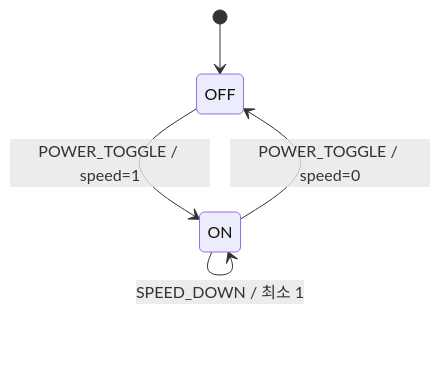
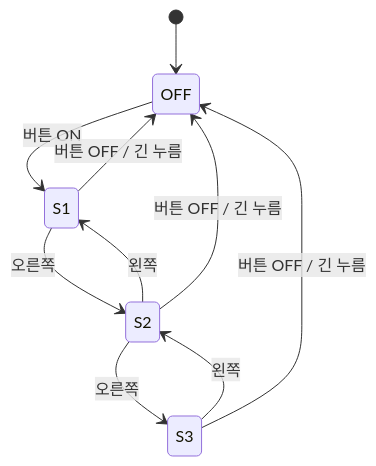
Before and after one commit to sunhokim1/Linux-Driver-Team-Project---AI-System-on-Chip-Developer: the diagram in docs/state_diagram.md, drawn with Mermaid. The commit also changed other lines of this file and 28 other files, not shown here.

````diff
--- a/docs/state_diagram.md
+++ b/docs/state_diagram.md
@@ -18,8 +31,12 @@
 ```mermaid
 stateDiagram-v2
     [*] --> OFF
-    OFF --> ON: POWER_TOGGLE / speed=1
-    ON --> OFF: POWER_TOGGLE / speed=0
-    ON --> ON: SPEED_UP / 최대 8
-    ON --> ON: SPEED_DOWN / 최소 1
+    OFF --> S1: 버튼 ON
+    S1 --> S2: 오른쪽
+    S2 --> S3: 오른쪽
+    S3 --> S2: 왼쪽
+    S2 --> S1: 왼쪽
+    S1 --> OFF: 버튼 OFF / 긴 누름
+    S2 --> OFF: 버튼 OFF / 긴 누름
+    S3 --> OFF: 버튼 OFF / 긴 누름
 ```
````
